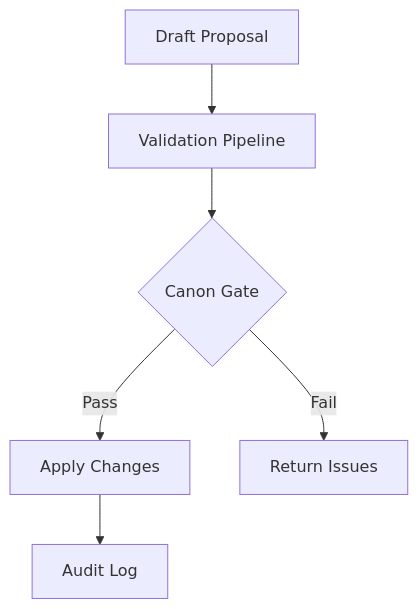
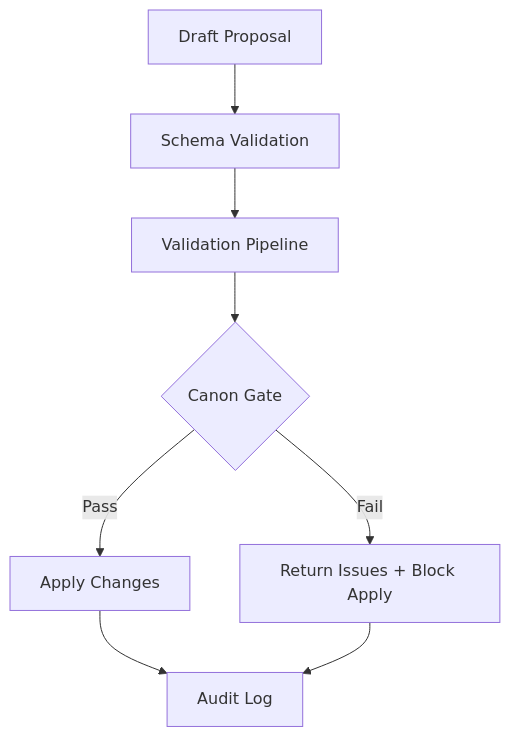
One commit to Johnsonbros/Uncharted_Stars_Saga changed the diagram in docs/proposal_modification_flow.md. Above: the diagram before and after it, drawn with Mermaid. The commit also changed other lines of this file and 3 other files, not shown here.

Commit message:
docs: finalize mcp diagram docs

````diff
--- a/docs/proposal_modification_flow.md
+++ b/docs/proposal_modification_flow.md
@@ -39,8 +44,10 @@
 ```mermaid
 flowchart TD
-  A[Draft Proposal] --> B[Validation Pipeline]
-  B --> C{Canon Gate}
-  C -- Pass --> D[Apply Changes]
-  C -- Fail --> E[Return Issues]
-  D --> F[Audit Log]
+  A[Draft Proposal] --> B[Schema Validation]
+  B --> C[Validation Pipeline]
+  C --> D{Canon Gate}
+  D -- Pass --> E[Apply Changes]
+  D -- Fail --> F[Return Issues + Block Apply]
+  E --> G[Audit Log]
+  F --> G
 ```
````
